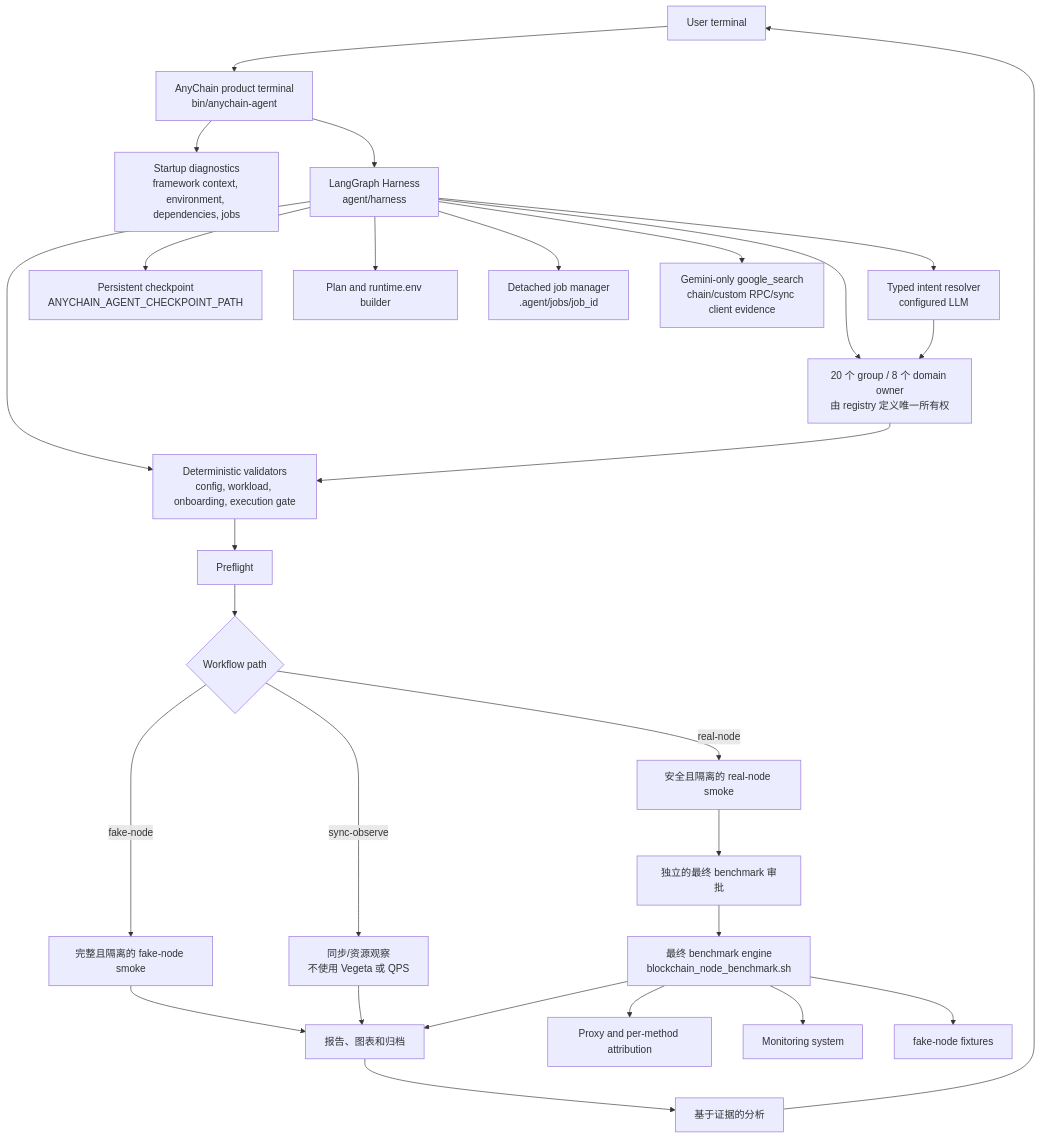
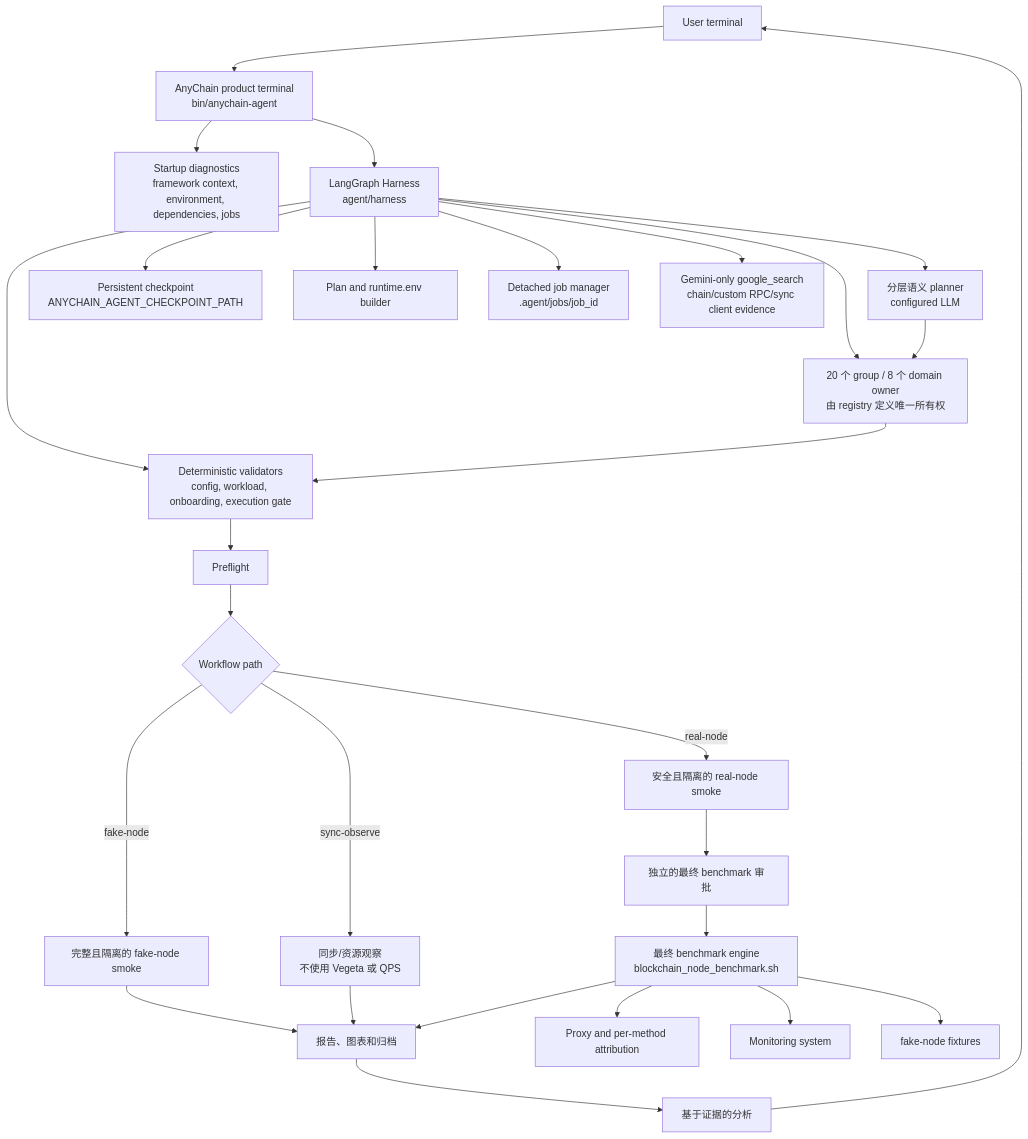
The first of 3 diagrams in docs/zh/adk-agent-architecture.md (StayHungryStayFoolish/AnyChainBenchmarkAgent), drawn with Mermaid before and after one commit. The commit also changed other lines of this file and 136 other files, not shown here.

````diff
--- a/docs/zh/adk-agent-architecture.md
+++ b/docs/zh/adk-agent-architecture.md
@@ -33,33 +33,33 @@
 ```mermaid
 flowchart TD
   U["User terminal"] --> T["AnyChain product terminal<br/>bin/anychain-agent"]
   T --> D["Startup diagnostics<br/>framework context, environment, dependencies, jobs"]
   T --> H["LangGraph Harness<br/>agent/harness"]
 
-  H --> I["Typed intent resolver<br/>configured LLM"]
+  H --> I["分层语义 planner<br/>configured LLM"]
   H --> G["20 个 group / 8 个 domain owner<br/>由 registry 定义唯一所有权"]
   H --> S["Persistent checkpoint<br/>ANYCHAIN_AGENT_CHECKPOINT_PATH"]
   H --> VAL["Deterministic validators<br/>config, workload, onboarding, execution gate"]
   H --> PLAN["Plan and runtime.env builder"]
   H --> JOB["Detached job manager<br/>.agent/jobs/job_id"]
   H --> SEARCH["Gemini-only google_search<br/>chain/custom RPC/sync client evidence"]
 
   I --> G
   G --> VAL
 
   VAL --> PRE["Preflight"]
   PRE --> MODE{"Workflow path"}
   MODE -->|"fake-node"| FSMOKE["完整且隔离的 fake-node smoke"]
   MODE -->|"real-node"| RSMOKE["安全且隔离的 real-node smoke"]
   RSMOKE --> APPROVE["独立的最终 benchmark 审批"]
   APPROVE --> BENCH["最终 benchmark engine<br/>blockchain_node_benchmark.sh"]
   MODE -->|"sync-observe"| SYNC["同步/资源观察<br/>不使用 Vegeta 或 QPS"]
   FSMOKE --> ART["报告、图表和归档"]
   SYNC --> ART
   BENCH --> PROXY["Proxy and per-method attribution"]
   BENCH --> MON["Monitoring system"]
   BENCH --> FN["fake-node fixtures"]
   BENCH --> ART
   ART --> ANA["基于证据的分析"]
   ANA --> U
 ```
````
